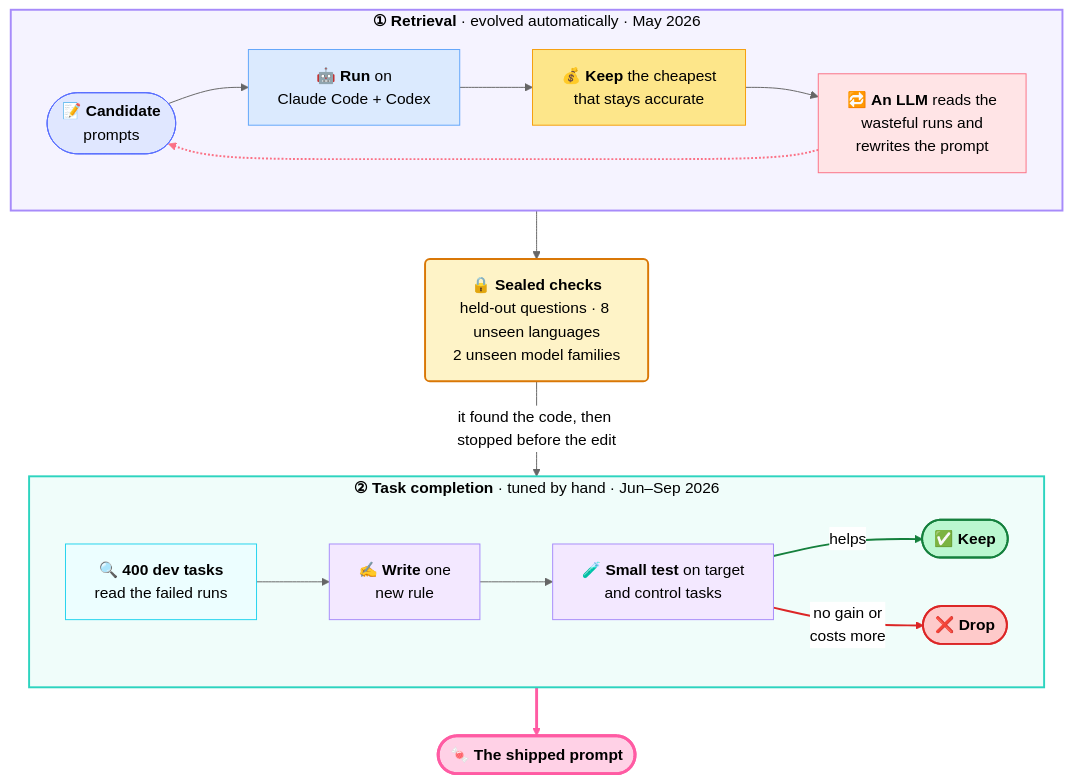
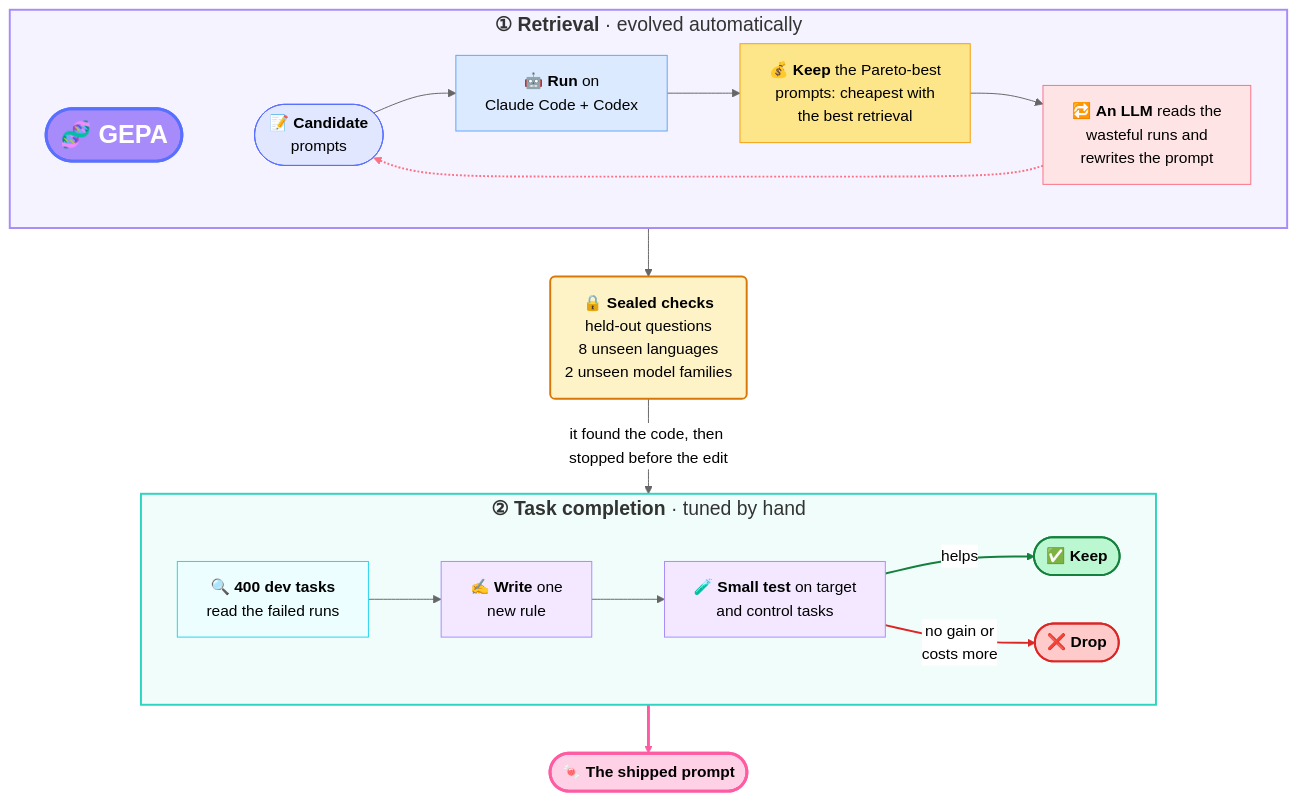
The second of 2 diagrams in README.md (mrsladoje/sweet-search), drawn with Mermaid (neutral theme) before and after one commit. The commit also changed other lines of this file, not shown here.

Commit message:
readme: GEPA badge, larger step titles, Pareto-best keep step
Drop dates from the step titles and enlarge them. Add a GEPA badge
inside the step 1 box and link the paper in the lead sentence (GitHub
mermaid does not allow links). Keep step now reads Pareto-best:
cheapest with the best retrieval.

````diff
--- a/README.md
+++ b/README.md
@@ -884,50 +884,53 @@
 ```mermaid
 flowchart TB
-    subgraph S1["<b>① Retrieval</b> · evolved automatically · May 2026"]
+    subgraph S1["<span style='font-size:20px'><b>① Retrieval</b> · evolved automatically</span>"]
         direction LR
+        GEPA(["🧬 <b>GEPA</b>"]) ~~~ A
         A(["📝 <b>Candidate</b><br/>prompts"]) --> B["🤖 <b>Run</b> on<br/>Claude Code + Codex"]
-        B --> C["💰 <b>Keep</b> the cheapest<br/>that stays accurate"]
+        B --> C["💰 <b>Keep</b> the Pareto-best<br/>prompts: cheapest with<br/>the best retrieval"]
         C --> D["🔁 <b>An LLM</b> reads the<br/>wasteful runs and<br/>rewrites the prompt"]
         D -.-> A
     end
-    S1 --> V("🔒 <b>Sealed checks</b><br/>held-out questions · 8 unseen languages<br/>2 unseen model families")
+    S1 --> V("🔒 <b>Sealed checks</b><br/>held-out questions<br/>8 unseen languages<br/>2 unseen model families")
     V -->|"it found the code, then stopped before the edit"| S2
-    subgraph S2["<b>② Task completion</b> · tuned by hand · Jun–Sep 2026"]
+    subgraph S2["<span style='font-size:20px'><b>② Task completion</b> · tuned by hand</span>"]
         direction LR
         E["🔍 <b>400 dev tasks</b><br/>read the failed runs"] --> F["✍️ <b>Write</b> one<br/>new rule"]
         F --> G["🧪 <b>Small test</b> on target<br/>and control tasks"]
         G -->|"helps"| H(["✅ <b>Keep</b>"])
         G -->|"no gain or<br/>costs more"| I(["❌ <b>Drop</b>"])
     end
     S2 ==> P(["🍬 <b>The shipped prompt</b>"])
 
     classDef cand  fill:#e0e7ff,stroke:#596fff,color:#000;
     classDef run   fill:#dbeafe,stroke:#60a5fa,color:#000;
     classDef score fill:#fde68a,stroke:#f59e0b,color:#000;
     classDef llm   fill:#ffe4e6,stroke:#fb7185,color:#000;
     classDef seal  fill:#fef3c7,stroke:#d97706,color:#000,stroke-width:2px;
     classDef dig   fill:#ecfeff,stroke:#22d3ee,color:#000;
     classDef rule  fill:#f3e8ff,stroke:#a78bfa,color:#000;
     classDef keep  fill:#bbf7d0,stroke:#15803d,color:#000,stroke-width:2px;
     classDef drop  fill:#fecaca,stroke:#dc2626,color:#000,stroke-width:2px;
+    classDef gepa  fill:#a78bfa,stroke:#596fff,color:#fff,stroke-width:3px,font-size:26px;
     classDef ship  fill:#ffd1e6,stroke:#ff5ba3,color:#000,stroke-width:3px;
 
     class A cand;
     class B run;
     class C score;
     class D llm;
     class V seal;
     class E dig;
     class F,G rule;
     class H keep;
     class I drop;
     class P ship;
+    class GEPA gepa;
 
     style S1 fill:#f5f3ff,stroke:#a78bfa,stroke-width:2px,color:#000;
     style S2 fill:#f0fdfa,stroke:#2dd4bf,stroke-width:2px,color:#000;
 
-    linkStyle 3 stroke:#fb7185,stroke-width:2px;
-    linkStyle 8 stroke:#15803d,stroke-width:2px;
-    linkStyle 9 stroke:#dc2626,stroke-width:2px;
-    linkStyle 10 stroke:#ff5ba3,stroke-width:3px;
+    linkStyle 4 stroke:#fb7185,stroke-width:2px;
+    linkStyle 9 stroke:#15803d,stroke-width:2px;
+    linkStyle 10 stroke:#dc2626,stroke-width:2px;
+    linkStyle 11 stroke:#ff5ba3,stroke-width:3px;
 ```
````
